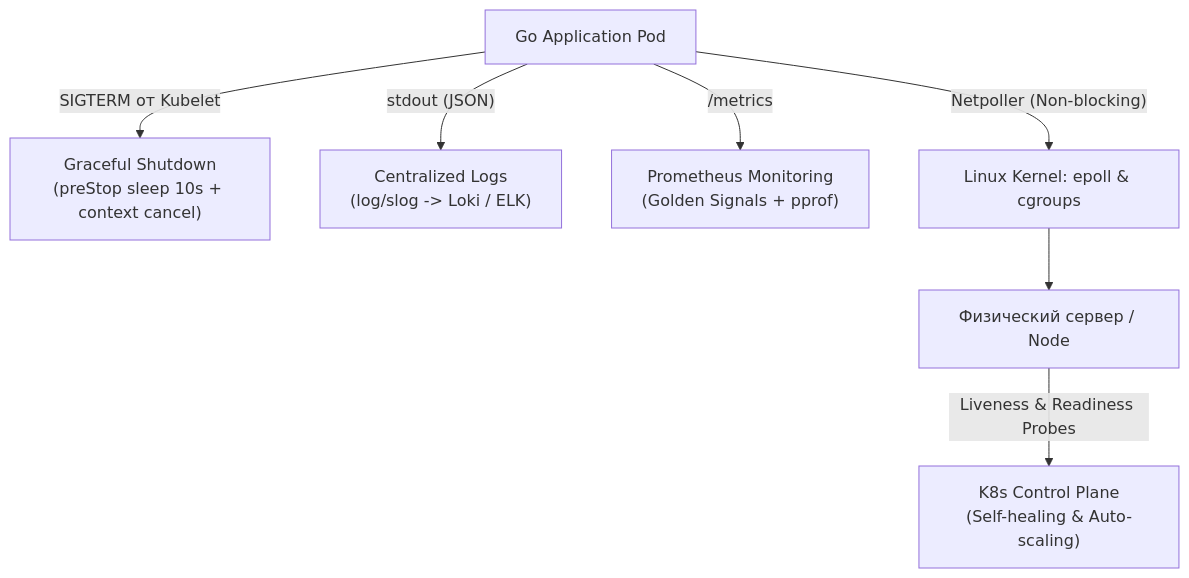
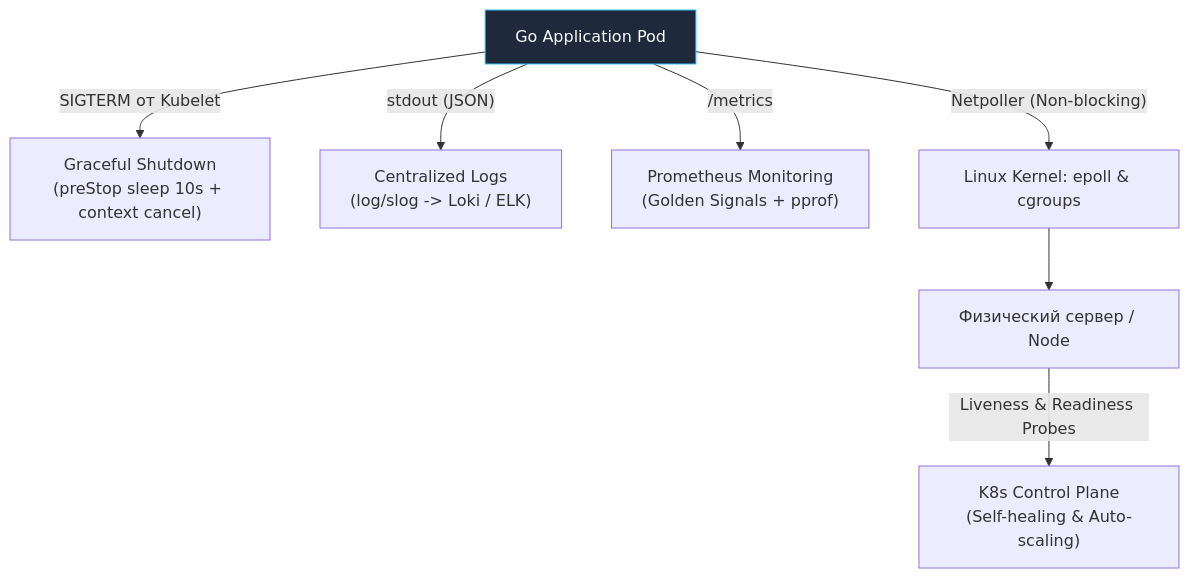
The second of 2 diagrams in sources/19. Инфраструктура. Linux, nginx, Docker, Kubernetes/05. Практика/7. Итоги раздела. Production окружение.md (UnrealTemplier/go-textbook), drawn with Mermaid before and after one commit. The commit also changed other lines of this file and 1666 other files, not shown here.

First line of the commit message:
feat(mermaid): add semantic color classDef to 1369 colorless flowchart/graph diagrams

````diff
--- a/sources/19. Инфраструктура. Linux, nginx, Docker, Kubernetes/05. Практика/7. Итоги раздела. Production окружение.md
+++ b/sources/19. Инфраструктура. Linux, nginx, Docker, Kubernetes/05. Практика/7. Итоги раздела. Production окружение.md
@@ -64,10 +74,20 @@
 ```mermaid
 flowchart TD
-    GoApp["Go Application Pod"] -->|"SIGTERM от Kubelet"| Shutdown["Graceful Shutdown<br>(preStop sleep 10s + context cancel)"]
+    classDef process  fill:#1e293b,stroke:#38bdf8,stroke-width:1px,color:#f8fafc
+    classDef success  fill:#064e3b,stroke:#34d399,stroke-width:1px,color:#f8fafc
+    classDef error    fill:#7f1d1d,stroke:#f87171,stroke-width:1px,color:#f8fafc
+    classDef warning  fill:#78350f,stroke:#fbbf24,stroke-width:1px,color:#f8fafc
+    classDef entry    fill:#1e3a5f,stroke:#38bdf8,stroke-width:2px,color:#f8fafc
+    classDef aux      fill:#334155,stroke:#64748b,stroke-width:1px,color:#f8fafc
+    classDef system   fill:#312e81,stroke:#a78bfa,stroke-width:1px,color:#f8fafc
+    classDef data     fill:#132d29,stroke:#2dd4bf,stroke-width:1px,color:#f8fafc
+    classDef network  fill:#881337,stroke:#fb7185,stroke-width:1px,color:#f8fafc
+    classDef accent   fill:#1e1b4b,stroke:#818cf8,stroke-width:1px,color:#f8fafc
+    GoApp["Go Application Pod"]:::process -->|"SIGTERM от Kubelet"| Shutdown["Graceful Shutdown<br>(preStop sleep 10s + context cancel)"]
     GoApp -->|"stdout (JSON)"| Logs["Centralized Logs<br>(log/slog -> Loki / ELK)"]
     GoApp -->|"/metrics"| Metrics["Prometheus Monitoring<br>(Golden Signals + pprof)"]
     GoApp -->|"Netpoller (Non-blocking)"| Epoll["Linux Kernel: epoll & cgroups"]
     
     Epoll --> Host["Физический сервер / Node"]
     Host -->|"Liveness & Readiness Probes"| K8sCtrl["K8s Control Plane<br>(Self-healing & Auto-scaling)"]
 ```
````
